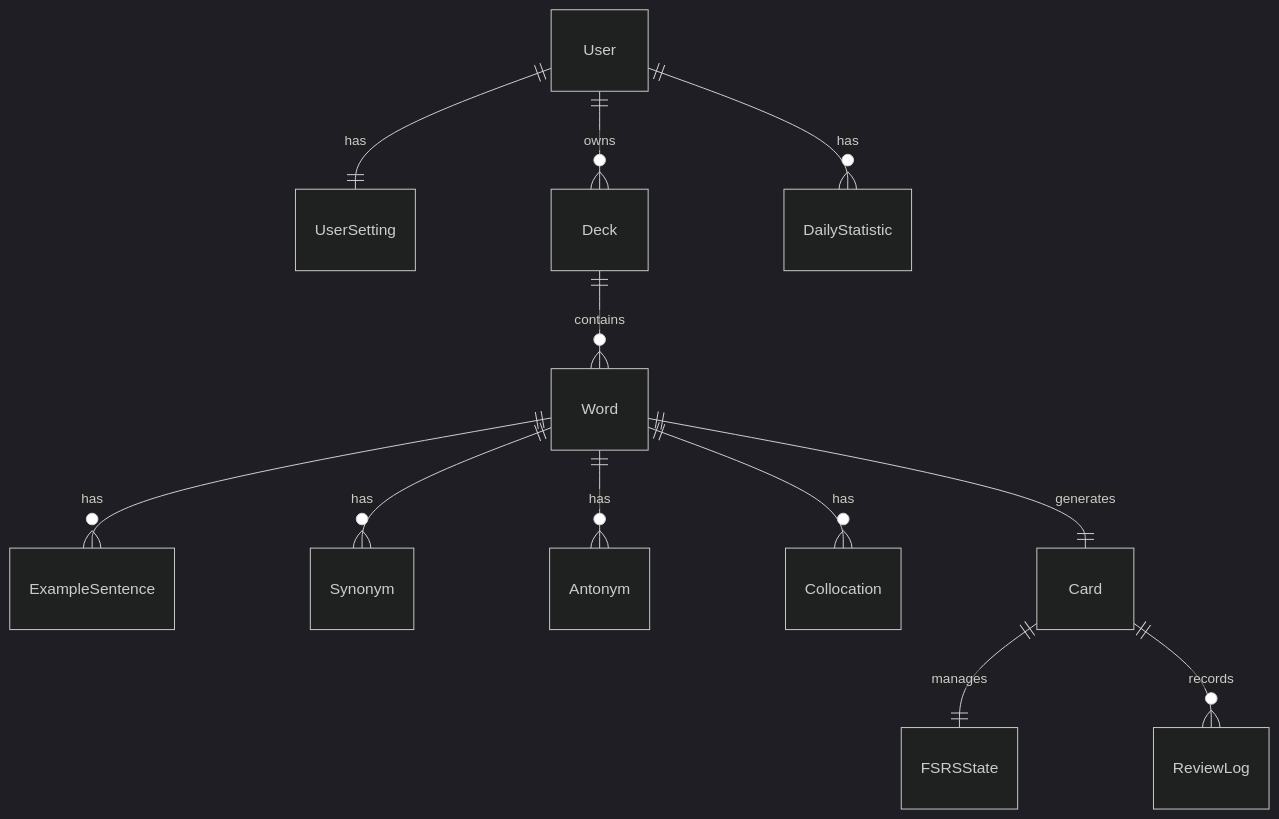
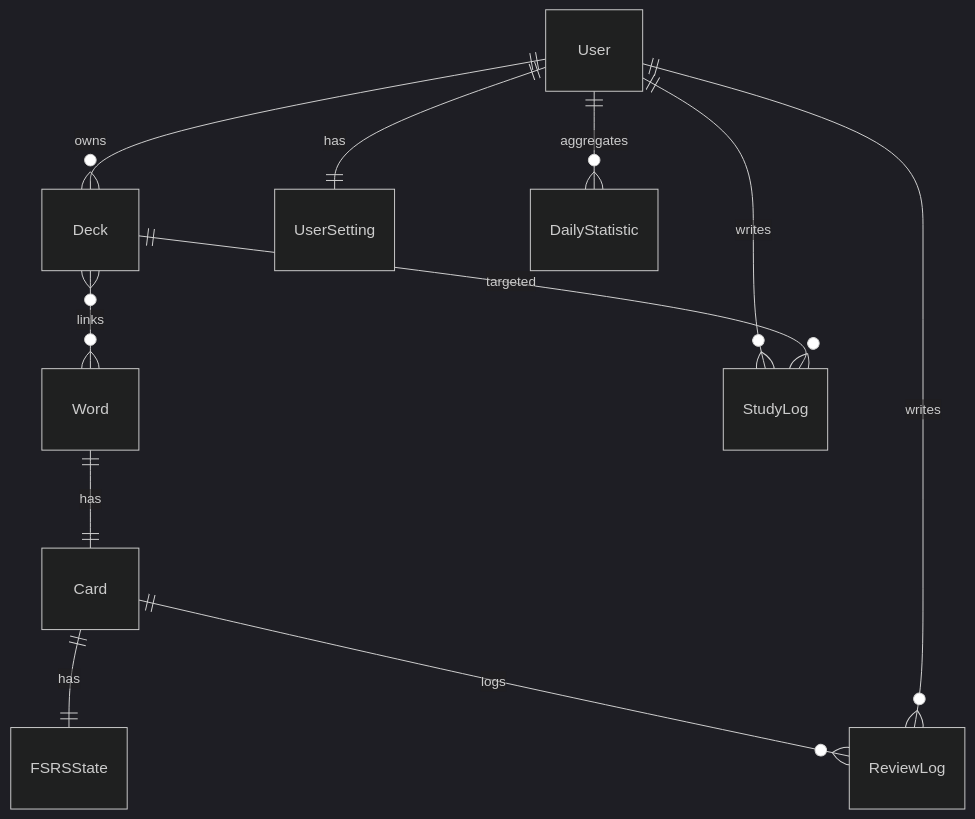
The first of 3 diagrams in docs/詳細設計書.md (oniemikel/english-learning-tool), drawn with Mermaid (dark theme) before and after one commit. The commit also changed other lines of this file and 2 other files, not shown here.

````diff
--- a/docs/詳細設計書.md
+++ b/docs/詳細設計書.md
@@ -1633,18 +65,13 @@
 ```mermaid
 erDiagram
-
-    User ||--|| UserSetting : has
-    User ||--o{ Deck : owns
-    User ||--o{ DailyStatistic : has
-
-    Deck ||--o{ Word : contains
-
-    Word ||--o{ ExampleSentence : has
-    Word ||--o{ Synonym : has
-    Word ||--o{ Antonym : has
-    Word ||--o{ Collocation : has
-    Word ||--|| Card : generates
-
-    Card ||--|| FSRSState : manages
-    Card ||--o{ ReviewLog : records
+  User ||--o{ Deck : owns
+  User ||--|| UserSetting : has
+  Deck }o--o{ Word : links
+  Word ||--|| Card : has
+  Card ||--|| FSRSState : has
+  Card ||--o{ ReviewLog : logs
+  User ||--o{ ReviewLog : writes
+  User ||--o{ StudyLog : writes
+  Deck ||--o{ StudyLog : targeted
+  User ||--o{ DailyStatistic : aggregates
 ```
````
